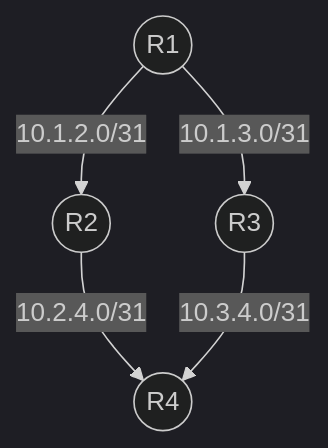
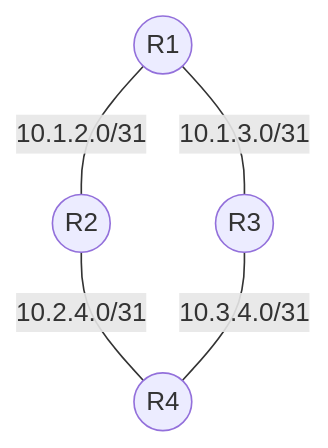
The first of 2 diagrams in juliopdx/content/posts/test.md (JulioPDX/JulioPDX.github.io), drawn with Mermaid before and after one commit. The commit also changed other lines of this file and 85 other files, not shown here.

```diff
--- a/juliopdx/content/posts/test.md
+++ b/juliopdx/content/posts/test.md
@@ -11,8 +12,7 @@
 {{< mermaid >}}
-%%{init: {'securityLevel': 'loose', 'theme':'dark'}}%%
 graph TD
-  R1((R1)) --> |10.1.2.0/31| R2((R2))
-  R1 --> |10.1.3.0/31| R3((R3))
-  R2 --> |10.2.4.0/31| R4((R4))
-  R3 --> |10.3.4.0/31| R4
+  R1((R1)) --- |10.1.2.0/31| R2((R2))
+  R1 --- |10.1.3.0/31| R3((R3))
+  R2 --- |10.2.4.0/31| R4((R4))
+  R3 --- |10.3.4.0/31| R4
 {{< /mermaid >}}
```
